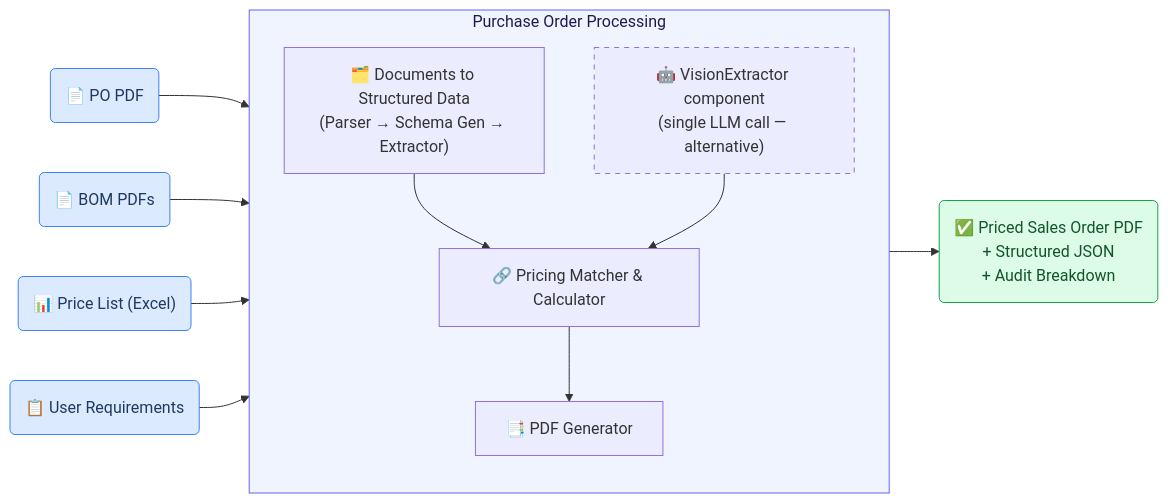
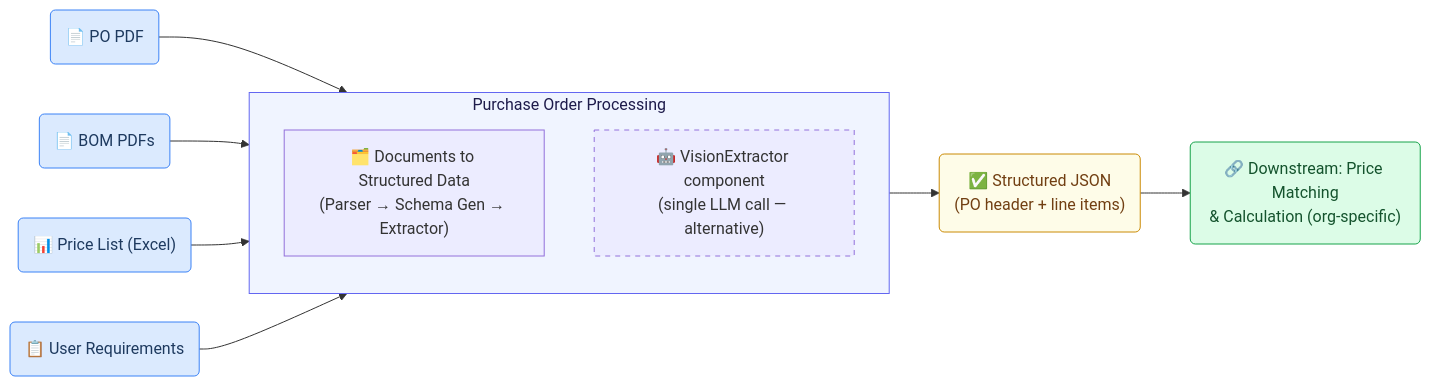
Before and after one commit to GAIK-project/gaik-toolkit: the first of 5 diagrams in guidance_layer/website/content/docs/use-cases/purchase-order-processing.mdx, drawn with Mermaid. The commit also changed other lines of this file and 5 other files, not shown here.

````diff
--- a/guidance_layer/website/content/docs/use-cases/purchase-order-processing.mdx
+++ b/guidance_layer/website/content/docs/use-cases/purchase-order-processing.mdx
@@ -132,28 +93,25 @@
 ```mermaid
 flowchart LR
     A("📄 PO PDF") --> PIPE
     B("📄 BOM PDFs") --> PIPE
     C("📊 Price List (Excel)") --> PIPE
     D("📋 User Requirements") --> PIPE
 
     subgraph PIPE["Purchase Order Processing"]
         direction TB
         P1["🗂️ Documents to Structured Data\n(Parser → Schema Gen → Extractor)"]
         P2["🤖 VisionExtractor component\n(single LLM call — alternative)"]
-        M["🔗 Pricing Matcher & Calculator"]
-        G["📑 PDF Generator"]
-        P1 --> M
-        P2 --> M
-        M --> G
     end
 
-    PIPE --> E("✅ Priced Sales Order PDF\n+ Structured JSON\n+ Audit Breakdown")
+    PIPE --> E("✅ Structured JSON\n(PO header + line items)")
+    E --> F("🔗 Downstream: Price Matching\n& Calculation (org-specific)")
 
     style A fill:#dbeafe,stroke:#3b82f6,color:#1e3a5f
     style B fill:#dbeafe,stroke:#3b82f6,color:#1e3a5f
     style C fill:#dbeafe,stroke:#3b82f6,color:#1e3a5f
     style D fill:#dbeafe,stroke:#3b82f6,color:#1e3a5f
-    style E fill:#dcfce7,stroke:#16a34a,color:#14532d
+    style E fill:#fefce8,stroke:#ca8a04,color:#713f12
+    style F fill:#dcfce7,stroke:#16a34a,color:#14532d
     style PIPE fill:#f0f4ff,stroke:#6366f1,color:#1e1b4b
     style P2 stroke-dasharray: 5 5
 ```
````
